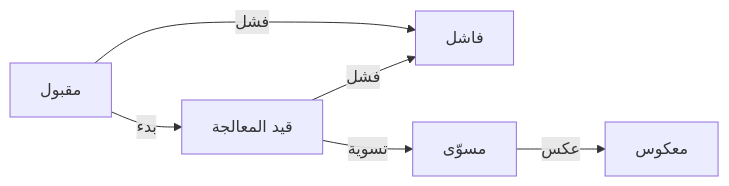
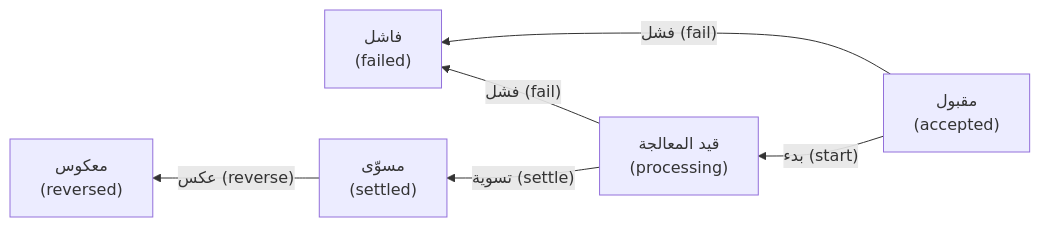
Before and after one commit to Tamoura/system-design-for-vibe-coders: the second of 3 diagrams in testing/modules/01-foundations.ar.md, drawn with Mermaid. The commit also changed other lines of this file and 39 other files, not shown here.

````diff
--- a/testing/modules/01-foundations.ar.md
+++ b/testing/modules/01-foundations.ar.md
@@ -426,8 +426,8 @@
 ```mermaid
-flowchart LR
-    A["مقبول"] -->|"بدء"| P["قيد المعالجة"]
-    A -->|"فشل"| F["فاشل"]
-    P -->|"تسوية"| S["مسوّى"]
-    P -->|"فشل"| F
-    S -->|"عكس"| R["معكوس"]
+flowchart RL
+    A["مقبول<br/>(accepted)"] -->|"بدء (start)"| P["قيد المعالجة<br/>(processing)"]
+    A -->|"فشل (fail)"| F["فاشل<br/>(failed)"]
+    P -->|"تسوية (settle)"| S["مسوّى<br/>(settled)"]
+    P -->|"فشل (fail)"| F
+    S -->|"عكس (reverse)"| R["معكوس<br/>(reversed)"]
 ```
````
